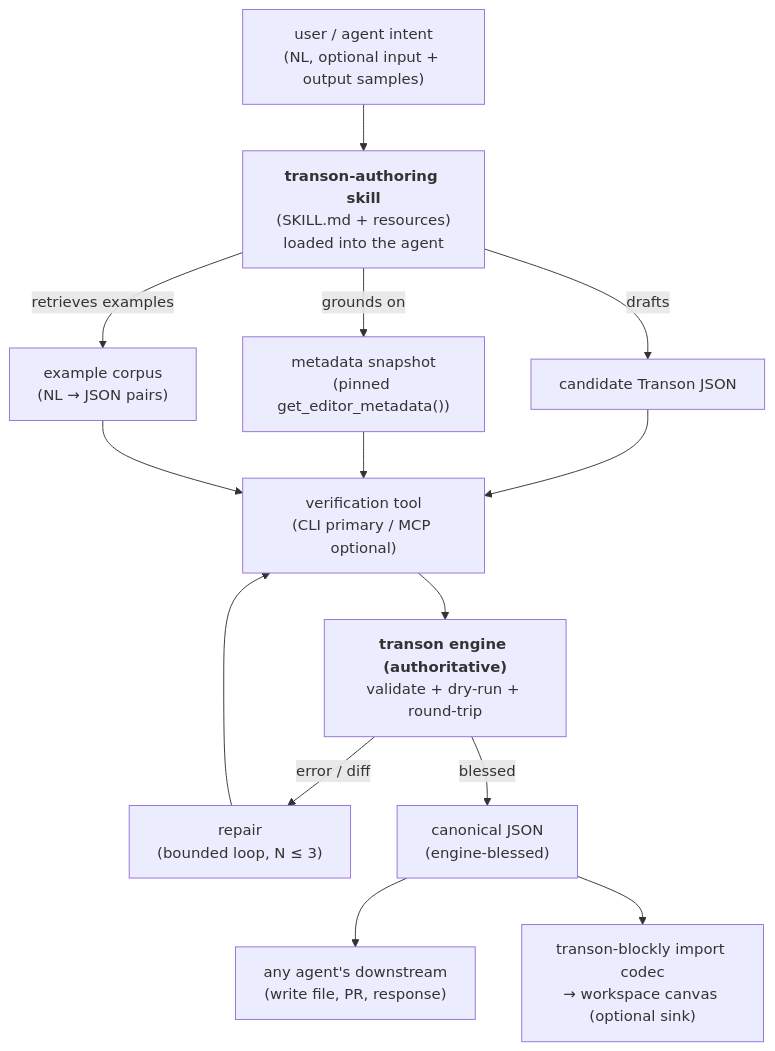
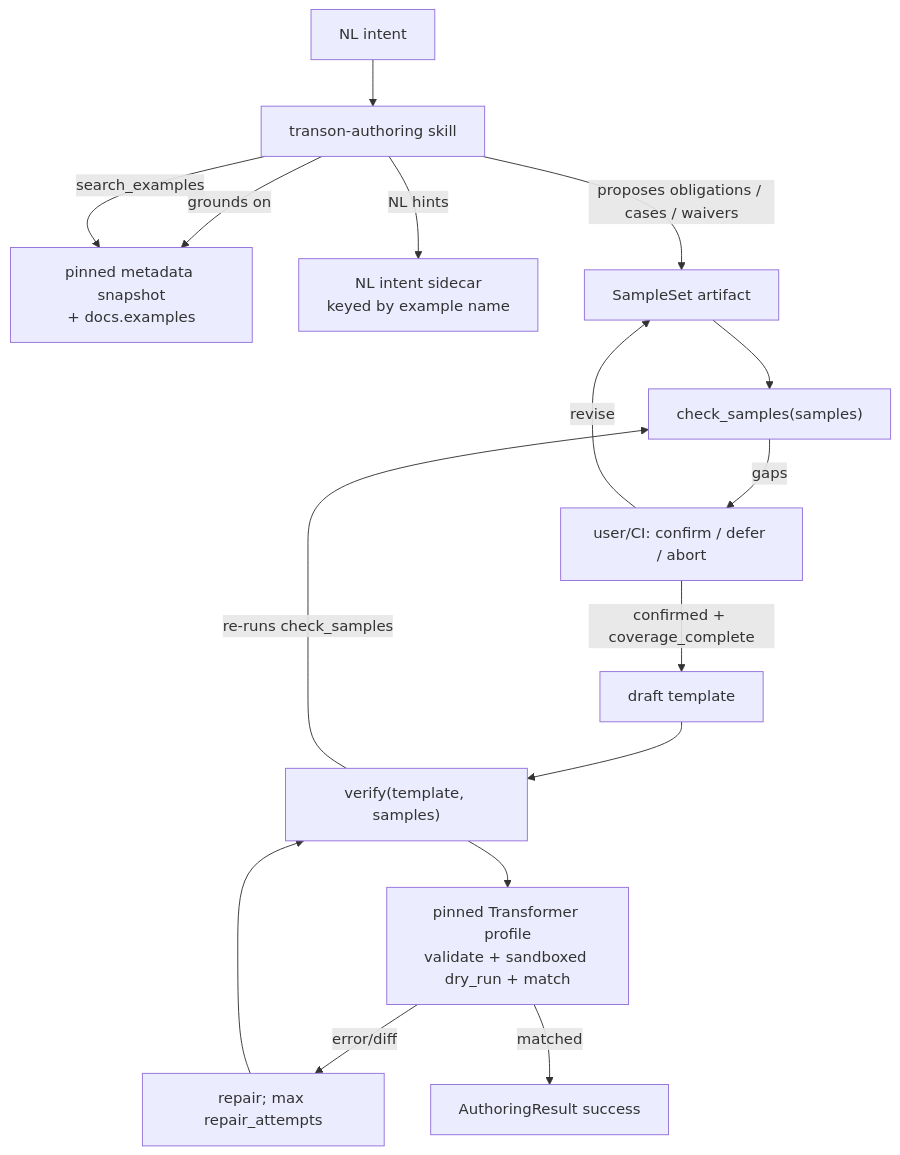
One commit to transon-org/transon-authoring-skill changed the diagram in docs/SPEC.md. Above: the diagram before and after it, drawn with Mermaid. The commit also changed other lines of this file, not shown here.

First line of the commit message:
Lock the authoring SPEC for A0–A2 implementation readiness.

````diff
--- a/docs/SPEC.md
+++ b/docs/SPEC.md
@@ -75,29 +92,29 @@
 ```mermaid
 flowchart TD
-    intent["user / agent intent<br/>(NL, optional input + output samples)"]
-    skill["<b>transon-authoring skill</b><br/>(SKILL.md + resources)<br/>loaded into the agent"]
+    intent["NL intent"]
+    skill["transon-authoring skill"]
     intent --> skill
 
-    meta["metadata snapshot<br/>(pinned get_editor_metadata())"]
-    corpus["example corpus<br/>(NL → JSON pairs)"]
-    candidate["candidate Transon JSON"]
+    meta["pinned metadata snapshot<br/>+ docs.examples"]
+    nl["NL intent sidecar<br/>keyed by example name"]
+    samples["SampleSet artifact"]
 
     skill -->|grounds on| meta
-    skill -->|drafts| candidate
-    skill -->|retrieves examples| corpus
+    skill -->|search_examples| meta
+    skill -->|NL hints| nl
+    skill -->|proposes obligations / cases / waivers| samples
 
-    verify["verification tool<br/>(CLI primary / MCP optional)"]
-    engine["<b>transon engine (authoritative)</b><br/>validate + dry-run + round-trip"]
+    check["check_samples(samples)"]
+    check -->|gaps| ask["user/CI: confirm / defer / abort"]
+    ask -->|revise| samples
+    samples --> check
 
-    candidate --> verify
-    meta --> verify
-    corpus --> verify
-    verify --> engine
+    ask -->|confirmed + coverage_complete| draft["draft template"]
+    draft --> verify["verify(template, samples)"]
+    verify -->|re-runs check_samples| check
+    verify --> engine["pinned Transformer profile<br/>validate + sandboxed dry_run + match"]
 
-    engine -->|error / diff| repair["repair<br/>(bounded loop, N ≤ 3)"]
+    engine -->|error/diff| repair["repair; max repair_attempts"]
     repair --> verify
-    engine -->|blessed| canonical["canonical JSON<br/>(engine-blessed)"]
-
-    canonical --> downstream["any agent's downstream<br/>(write file, PR, response)"]
-    canonical --> codec["transon-blockly import codec<br/>→ workspace canvas (optional sink)"]
+    engine -->|matched| blessed["AuthoringResult success"]
 ```
````
